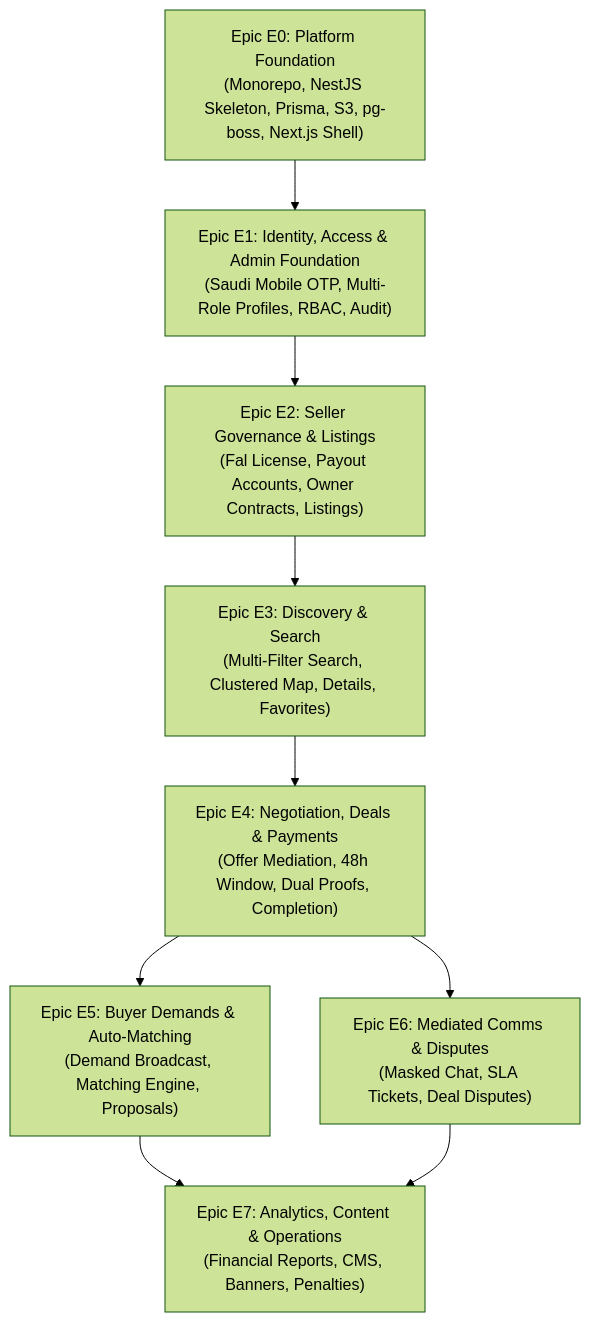
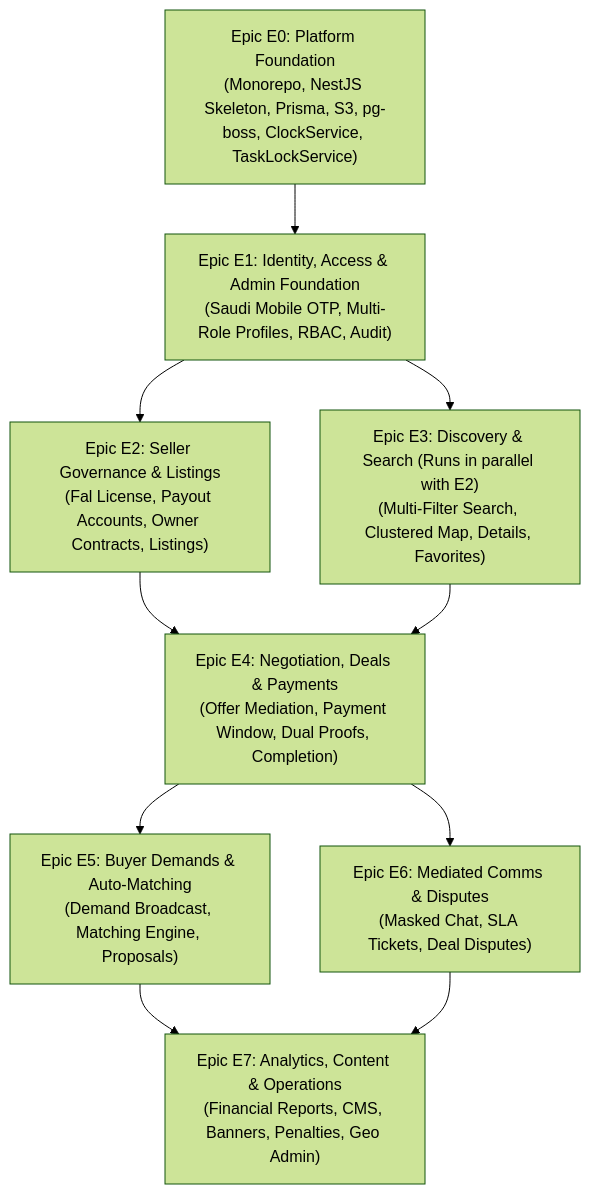
The diagram in _bmad-output/planning-artifacts/prds/prd-elmasaif-2026-10-26/prd.md (mostafa-mosad1/elmasaif-BMAD), drawn with Mermaid (forest theme) before and after one commit. The commit also changed other lines of this file and 6 other files, not shown here.

````diff
--- a/_bmad-output/planning-artifacts/prds/prd-elmasaif-2026-10-26/prd.md
+++ b/_bmad-output/planning-artifacts/prds/prd-elmasaif-2026-10-26/prd.md
@@ -667,11 +1040,12 @@
 ```mermaid
 graph TD
-    E0["Epic E0: Platform Foundation<br/>(Monorepo, NestJS Skeleton, Prisma, S3, pg-boss, Next.js Shell)"] --> E1["Epic E1: Identity, Access & Admin Foundation<br/>(Saudi Mobile OTP, Multi-Role Profiles, RBAC, Audit)"]
+    E0["Epic E0: Platform Foundation<br/>(Monorepo, NestJS Skeleton, Prisma, S3, pg-boss, ClockService, TaskLockService)"] --> E1["Epic E1: Identity, Access & Admin Foundation<br/>(Saudi Mobile OTP, Multi-Role Profiles, RBAC, Audit)"]
     E1 --> E2["Epic E2: Seller Governance & Listings<br/>(Fal License, Payout Accounts, Owner Contracts, Listings)"]
-    E2 --> E3["Epic E3: Discovery & Search<br/>(Multi-Filter Search, Clustered Map, Details, Favorites)"]
-    E3 --> E4["Epic E4: Negotiation, Deals & Payments<br/>(Offer Mediation, 48h Window, Dual Proofs, Completion)"]
+    E1 --> E3["Epic E3: Discovery & Search (Runs in parallel with E2)<br/>(Multi-Filter Search, Clustered Map, Details, Favorites)"]
+    E2 --> E4["Epic E4: Negotiation, Deals & Payments<br/>(Offer Mediation, Payment Window, Dual Proofs, Completion)"]
+    E3 --> E4
     E4 --> E5["Epic E5: Buyer Demands & Auto-Matching<br/>(Demand Broadcast, Matching Engine, Proposals)"]
     E4 --> E6["Epic E6: Mediated Comms & Disputes<br/>(Masked Chat, SLA Tickets, Deal Disputes)"]
-    E5 --> E7["Epic E7: Analytics, Content & Operations<br/>(Financial Reports, CMS, Banners, Penalties)"]
+    E5 --> E7["Epic E7: Analytics, Content & Operations<br/>(Financial Reports, CMS, Banners, Penalties, Geo Admin)"]
     E6 --> E7
 ```
````
